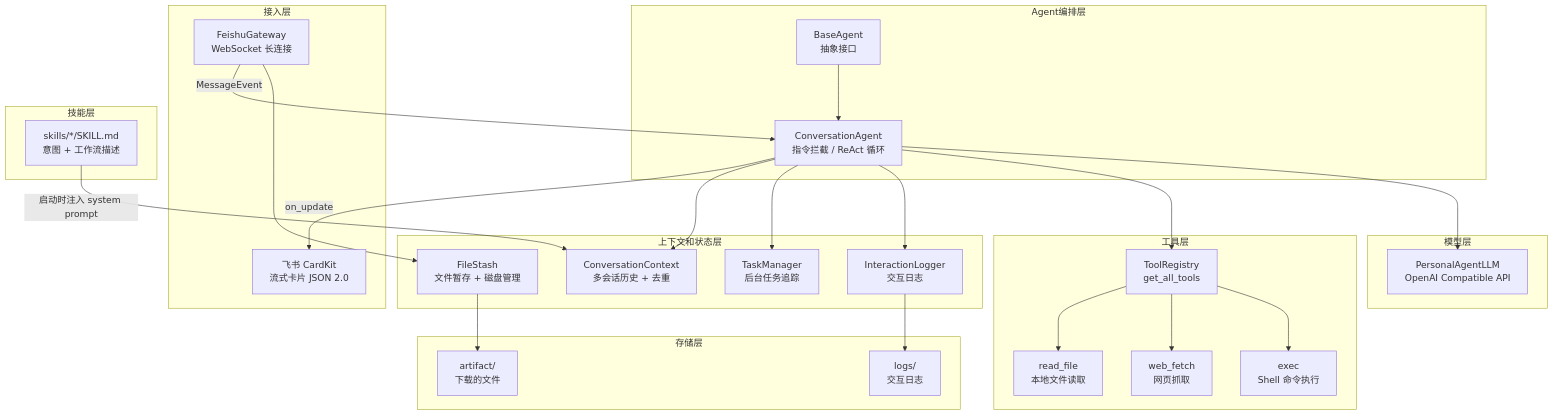
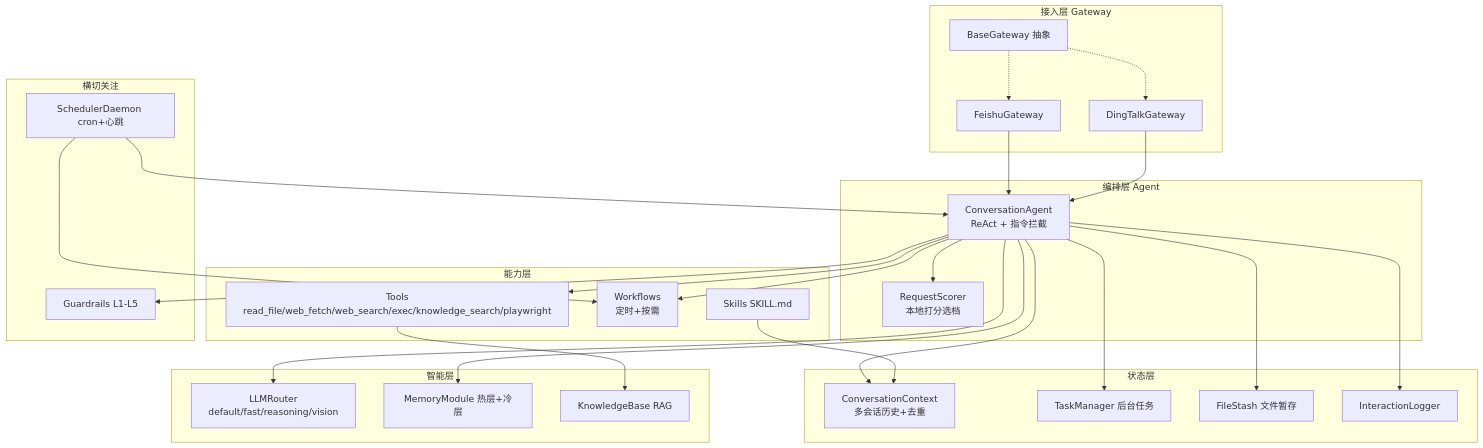
One commit to lion-no-back/personal_agent changed the second of 2 diagrams in README.md. Above: the diagram before and after it, drawn with Mermaid. The commit also changed other lines of this file, not shown here.

````diff
--- a/README.md
+++ b/README.md
@@ -81,55 +196,51 @@
 ```mermaid
 graph TD
-    subgraph 接入层
-        FS[FeishuGateway<br/>WebSocket 长连接]
-        CK[飞书 CardKit<br/>流式卡片 JSON 2.0]
+    subgraph 接入层 Gateway
+        FS[FeishuGateway]
+        DT[DingTalkGateway]
+        BG[BaseGateway 抽象]
+    end
+    subgraph 编排层 Agent
+        CA[ConversationAgent<br/>ReAct + 指令拦截]
+        RS[RequestScorer<br/>本地打分选档]
+    end
+    subgraph 状态层
+        CC[ConversationContext<br/>多会话历史+去重]
+        TM[TaskManager 后台任务]
+        FStash[FileStash 文件暂存]
+        IL[InteractionLogger]
+    end
+    subgraph 能力层
+        TR[Tools<br/>read_file/web_fetch/web_search/exec/knowledge_search/playwright]
+        WF[Workflows<br/>定时+按需]
+        SK[Skills SKILL.md]
+    end
+    subgraph 智能层
+        LR[LLMRouter<br/>default/fast/reasoning/vision]
+        MEM[MemoryModule 热层+冷层]
+        KB[KnowledgeBase RAG]
+    end
+    subgraph 横切关注
+        GR[Guardrails L1-L5]
+        SCH[SchedulerDaemon cron+心跳]
     end
 
-    subgraph Agent编排层
-        CA[ConversationAgent<br/>指令拦截 / ReAct 循环]
-        BA[BaseAgent<br/>抽象接口]
-    end
-
-    subgraph 上下文和状态层
-        CC[ConversationContext<br/>多会话历史 + 去重]
-        TM[TaskManager<br/>后台任务追踪]
-        IL[InteractionLogger<br/>交互日志]
-        FStash[FileStash<br/>文件暂存 + 磁盘管理]
-    end
-
-    subgraph 工具层
-        TR[ToolRegistry<br/>get_all_tools]
-        RF[read_file<br/>本地文件读取]
-        WF[web_fetch<br/>网页抓取]
-        EX[exec<br/>Shell 命令执行]
-    end
-
-    subgraph 模型层
-        LLM[PersonalAgentLLM<br/>OpenAI Compatible API]
-    end
-
-    subgraph 技能层
-        SK[skills/*/SKILL.md<br/>意图 + 工作流描述]
-    end
-
-    subgraph 存储层
-        ART[artifact/<br/>下载的文件]
-        LOGS[logs/<br/>交互日志]
-    end
-
-    FS -->|MessageEvent| CA
-    CA -->|on_update| CK
+    FS --> CA
+    DT --> CA
+    BG -.-> FS
+    BG -.-> DT
+    CA --> RS
     CA --> CC
     CA --> TM
+    CA --> FStash
     CA --> IL
-    FS --> FStash
-    FStash --> ART
-    IL --> LOGS
     CA --> TR
-    TR --> RF
-    TR --> WF
-    TR --> EX
-    CA --> LLM
-    SK -->|启动时注入 system prompt| CC
-    BA --> CA
+    CA --> WF
+    SK --> CC
+    CA --> LR
+    CA --> MEM
+    TR --> KB
+    CA --> GR
+    SCH --> CA
+    SCH --> WF
 ```
````
